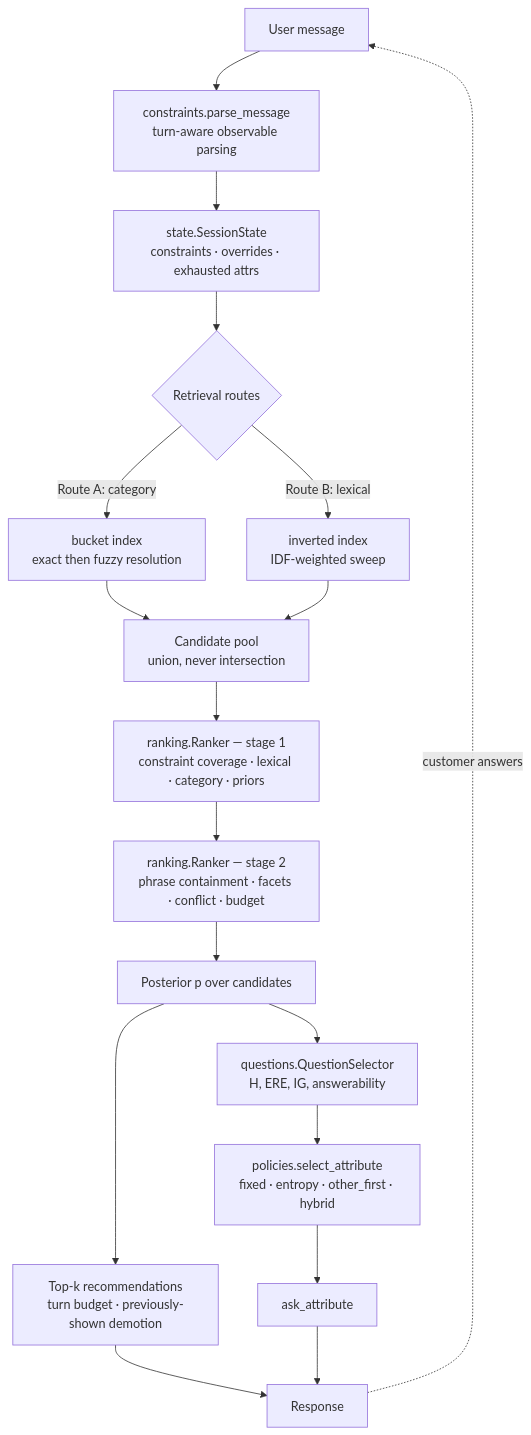
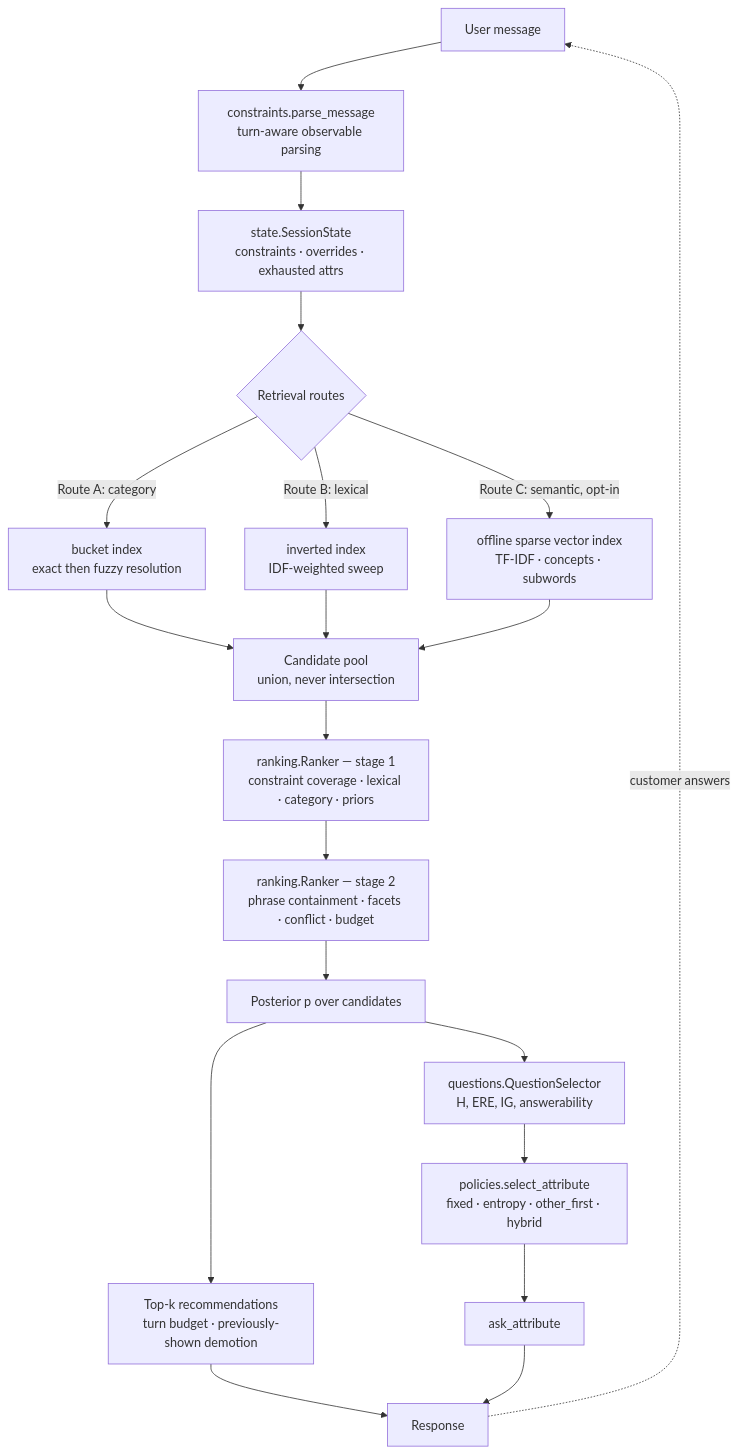
Before and after one commit to ronakkalvani/techjam-conversational-search: the diagram in docs/ARCHITECTURE.md, drawn with Mermaid. The commit also changed other lines of this file and 12 other files, not shown here.

````diff
--- a/docs/ARCHITECTURE.md
+++ b/docs/ARCHITECTURE.md
@@ -40,24 +40,26 @@
 ```mermaid
 flowchart TD
     A[User message] --> B[constraints.parse_message<br/>turn-aware observable parsing]
     B --> C[state.SessionState<br/>constraints · overrides · exhausted attrs]
 
     C --> D{Retrieval routes}
     D -->|Route A: category| E[bucket index<br/>exact then fuzzy resolution]
     D -->|Route B: lexical| F[inverted index<br/>IDF-weighted sweep]
+    D -->|Route C: semantic, opt-in| S[offline sparse vector index<br/>TF-IDF · concepts · subwords]
     E --> G[Candidate pool<br/>union, never intersection]
     F --> G
+    S --> G
 
     G --> H[ranking.Ranker — stage 1<br/>constraint coverage · lexical · category · priors]
     H --> I[ranking.Ranker — stage 2<br/>phrase containment · facets · conflict · budget]
     I --> J[Posterior p over candidates]
 
     J --> K[Top-k recommendations<br/>turn budget · previously-shown demotion]
     J --> L[questions.QuestionSelector<br/>H, ERE, IG, answerability]
     L --> M[policies.select_attribute<br/>fixed · entropy · other_first · hybrid]
     M --> N[ask_attribute]
 
     K --> O[Response]
     N --> O
     O -.customer answers.-> A
 ```
````
